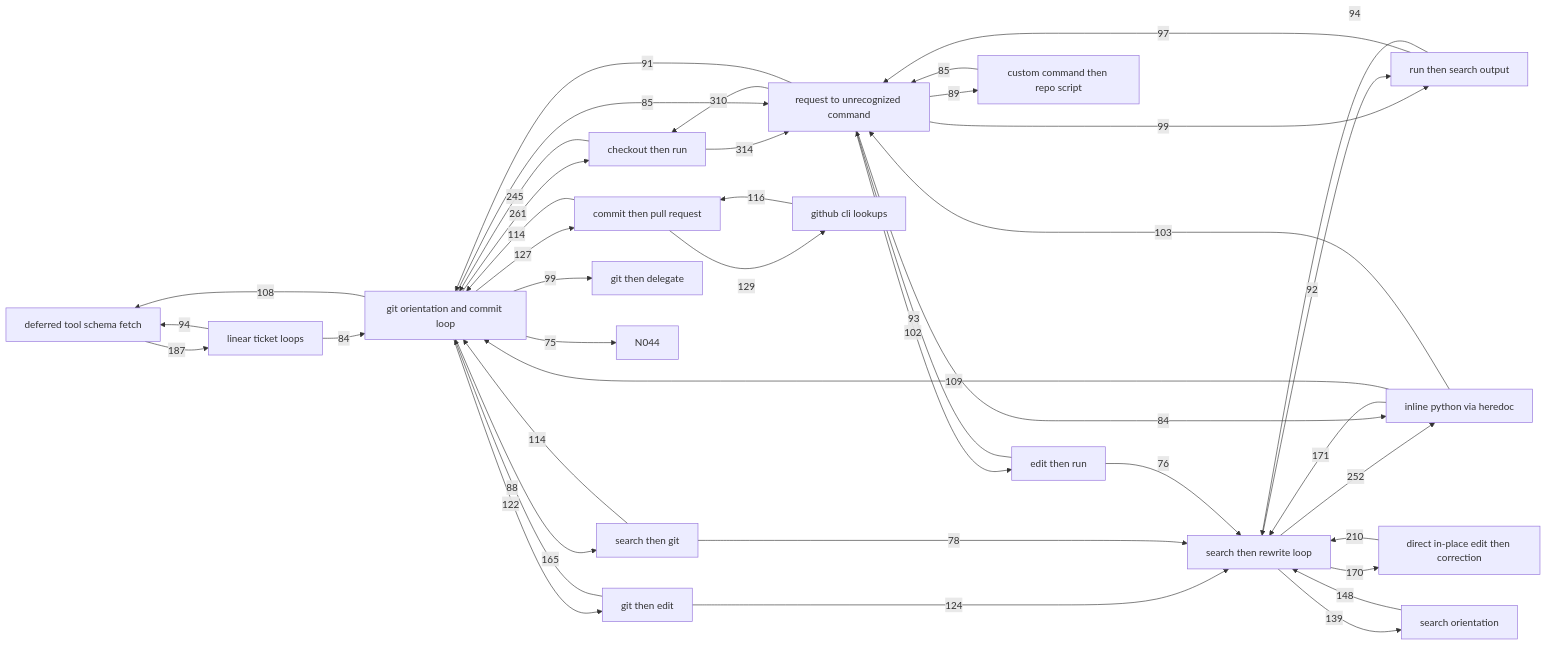
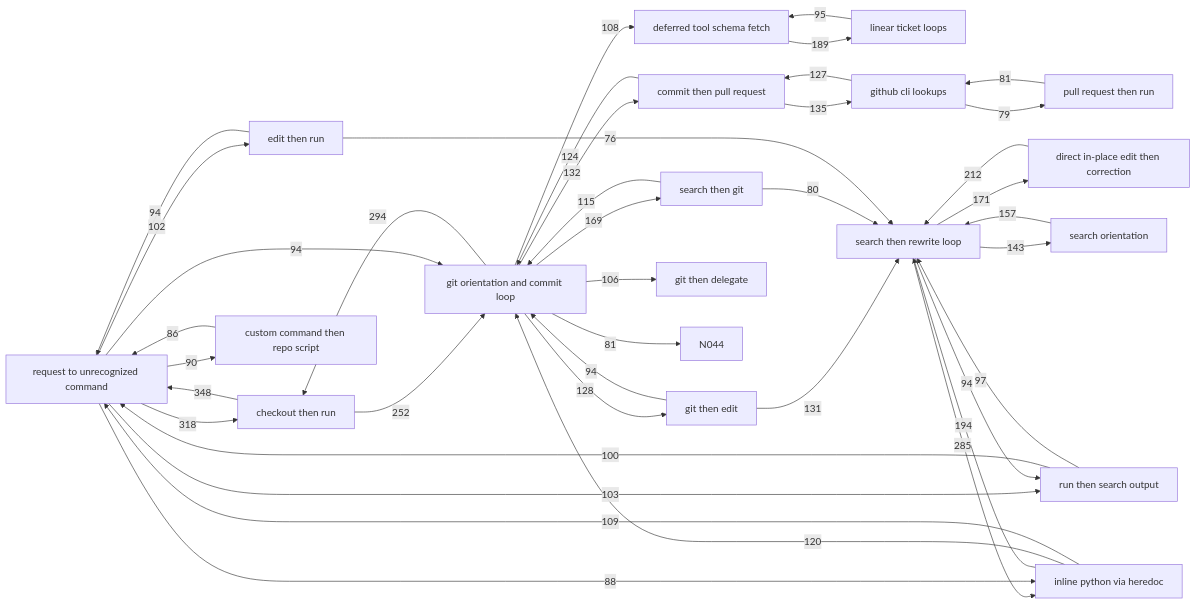
One commit to aidanff/comb changed the diagram in candidates.md. Above: the diagram before and after it, drawn with Mermaid. The commit also changed other lines of this file and 2 other files, not shown here.

Commit message:
comb: scheduled run 2026-11-11 (16 new nodes, 0 waiting)

````diff
--- a/candidates.md
+++ b/candidates.md
@@ -422,61 +426,62 @@
 ```mermaid
 graph LR
   N001["deferred tool schema fetch"]
   N002["request to unrecognized command"]
   N003["git orientation and commit loop"]
   N004["linear ticket loops"]
   N006["inline python via heredoc"]
   N007["search then rewrite loop"]
   N009["checkout then run"]
   N010["direct in-place edit then correction"]
   N012["search orientation"]
   N014["edit then run"]
   N015["github cli lookups"]
   N016["run then search output"]
   N017["git then edit"]
   N019["commit then pull request"]
   N020["custom command then repo script"]
+  N023["pull request then run"]
   N028["search then git"]
   N037["git then delegate"]
   N044["N044"]
-  N009 -->|314| N002
-  N002 -->|310| N009
-  N003 -->|261| N009
-  N007 -->|252| N006
-  N009 -->|245| N003
-  N010 -->|210| N007
-  N001 -->|187| N004
-  N006 -->|171| N007
-  N007 -->|170| N010
-  N003 -->|165| N028
-  N012 -->|148| N007
-  N007 -->|139| N012
-  N019 -->|129| N015
-  N003 -->|127| N019
-  N017 -->|124| N007
-  N003 -->|122| N017
-  N015 -->|116| N019
-  N019 -->|114| N003
-  N028 -->|114| N003
-  N006 -->|109| N003
+  N009 -->|348| N002
+  N002 -->|318| N009
+  N003 -->|294| N009
+  N007 -->|285| N006
+  N009 -->|252| N003
+  N010 -->|212| N007
+  N006 -->|194| N007
+  N001 -->|189| N004
+  N007 -->|171| N010
+  N003 -->|169| N028
+  N012 -->|157| N007
+  N007 -->|143| N012
+  N019 -->|135| N015
+  N003 -->|132| N019
+  N017 -->|131| N007
+  N003 -->|128| N017
+  N015 -->|127| N019
+  N019 -->|124| N003
+  N006 -->|120| N003
+  N028 -->|115| N003
+  N006 -->|109| N002
   N003 -->|108| N001
-  N006 -->|103| N002
+  N003 -->|106| N037
+  N002 -->|103| N016
   N002 -->|102| N014
-  N002 -->|99| N016
-  N003 -->|99| N037
-  N016 -->|97| N002
-  N004 -->|94| N001
-  N016 -->|94| N007
-  N014 -->|93| N002
-  N007 -->|92| N016
-  N002 -->|91| N003
-  N002 -->|89| N020
-  N017 -->|88| N003
-  N003 -->|85| N002
-  N020 -->|85| N002
-  N002 -->|84| N006
-  N004 -->|84| N003
-  N028 -->|78| N007
+  N016 -->|100| N002
+  N016 -->|97| N007
+  N004 -->|95| N001
+  N002 -->|94| N003
+  N007 -->|94| N016
+  N014 -->|94| N002
+  N017 -->|94| N003
+  N002 -->|90| N020
+  N002 -->|88| N006
+  N020 -->|86| N002
+  N003 -->|81| N044
+  N023 -->|81| N015
+  N028 -->|80| N007
+  N015 -->|79| N023
   N014 -->|76| N007
-  N003 -->|75| N044
 ```
````
